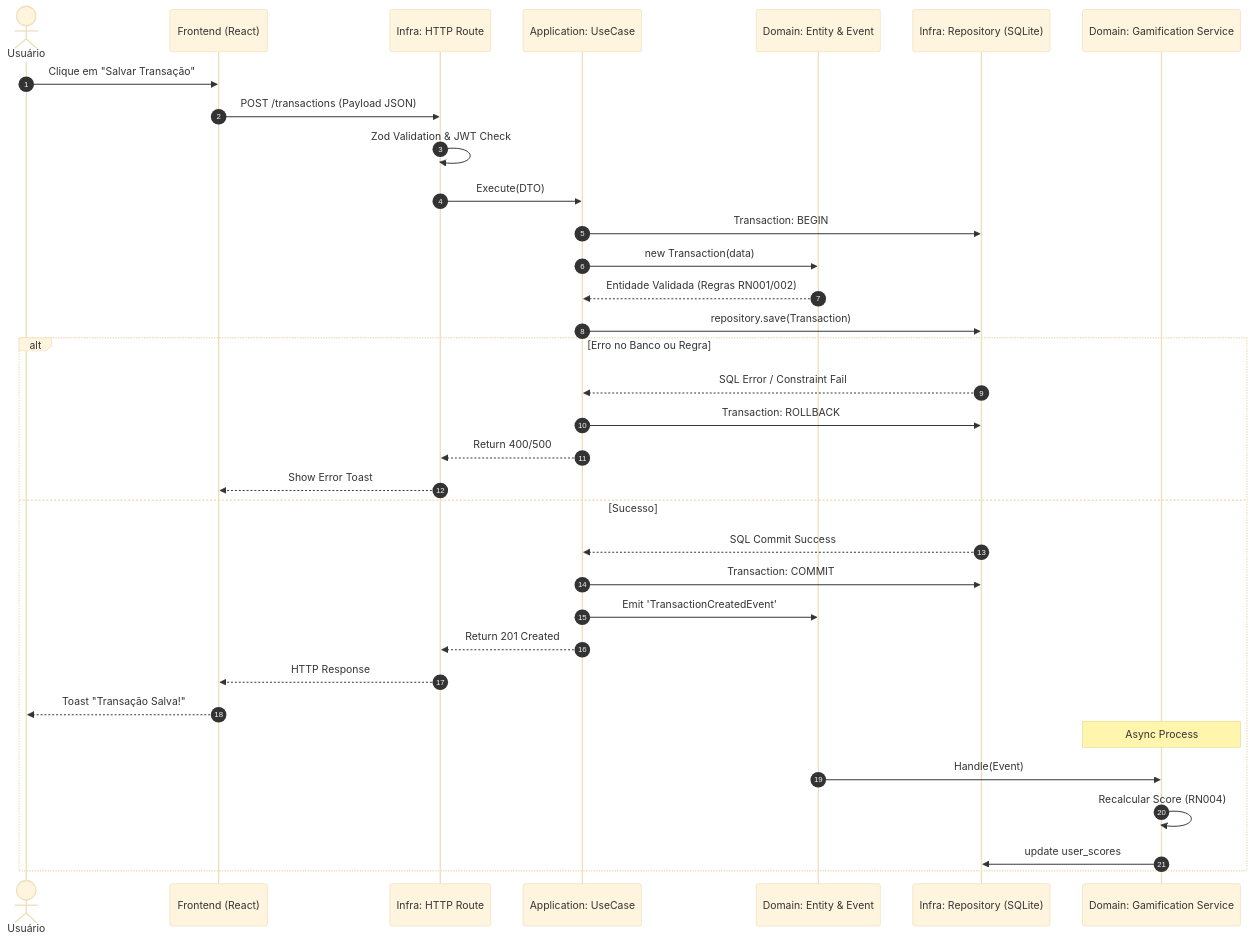
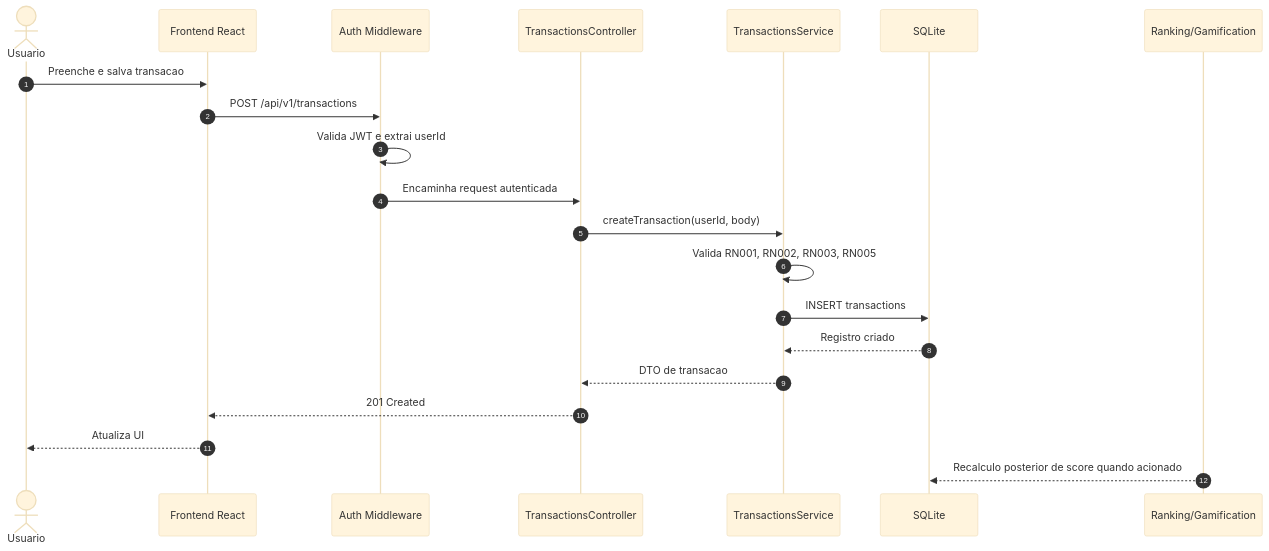
Before and after one commit to Danillosdd/ProjetoFynx: the first of 5 diagrams in FynxDocs/documento-software/Doc-Tecnica-Rev06/WORKFLOWS.md, drawn with Mermaid (base theme). The commit also changed other lines of this file and 30 other files, not shown here.

````diff
--- a/FynxDocs/documento-software/Doc-Tecnica-Rev06/WORKFLOWS.md
+++ b/FynxDocs/documento-software/Doc-Tecnica-Rev06/WORKFLOWS.md
@@ -115,39 +376,24 @@
 ```mermaid
 sequenceDiagram
     autonumber
-    actor U as Usuário
-    participant FE as Frontend (React)
-    participant HTTP as Infra: HTTP Route
-    participant APP as Application: UseCase
-    participant DOM as Domain: Entity & Event
-    participant DB as Infra: Repository (SQLite)
-    participant GAM as Domain: Gamification Service
+    actor U as Usuario
+    participant FE as Frontend React
+    participant MW as Auth Middleware
+    participant CT as TransactionsController
+    participant SV as TransactionsService
+    participant DB as SQLite
+    participant RK as Ranking/Gamification
 
-    U->>FE: Clique em "Salvar Transação"
-    FE->>HTTP: POST /transactions (Payload JSON)
-    HTTP->>HTTP: Zod Validation & JWT Check
-    HTTP->>APP: Execute(DTO)
-    APP->>DB: Transaction: BEGIN
-    APP->>DOM: new Transaction(data)
-    DOM-->>APP: Entidade Validada (Regras RN001/002)
-    APP->>DB: repository.save(Transaction)
-    
-    alt Erro no Banco ou Regra
-        DB-->>APP: SQL Error / Constraint Fail
-        APP->>DB: Transaction: ROLLBACK
-        APP-->>HTTP: Return 400/500
-        HTTP-->>FE: Show Error Toast
-    else Sucesso
-        DB-->>APP: SQL Commit Success
-        APP->>DB: Transaction: COMMIT
-        APP->>DOM: Emit 'TransactionCreatedEvent'
-        APP-->>HTTP: Return 201 Created
-        HTTP-->>FE: HTTP Response
-        FE-->>U: Toast "Transação Salva!"
-        
-        Note over GAM: Async Process
-        DOM->>GAM: Handle(Event)
-        GAM->>GAM: Recalcular Score (RN004)
-        GAM->>DB: update user_scores
-    end
+    U->>FE: Preenche e salva transacao
+    FE->>MW: POST /api/v1/transactions
+    MW->>MW: Valida JWT e extrai userId
+    MW->>CT: Encaminha request autenticada
+    CT->>SV: createTransaction(userId, body)
+    SV->>SV: Valida RN001, RN002, RN003, RN005
+    SV->>DB: INSERT transactions
+    DB-->>SV: Registro criado
+    SV-->>CT: DTO de transacao
+    CT-->>FE: 201 Created
+    FE-->>U: Atualiza UI
+    RK-->>DB: Recalculo posterior de score quando acionado
 ```
````
